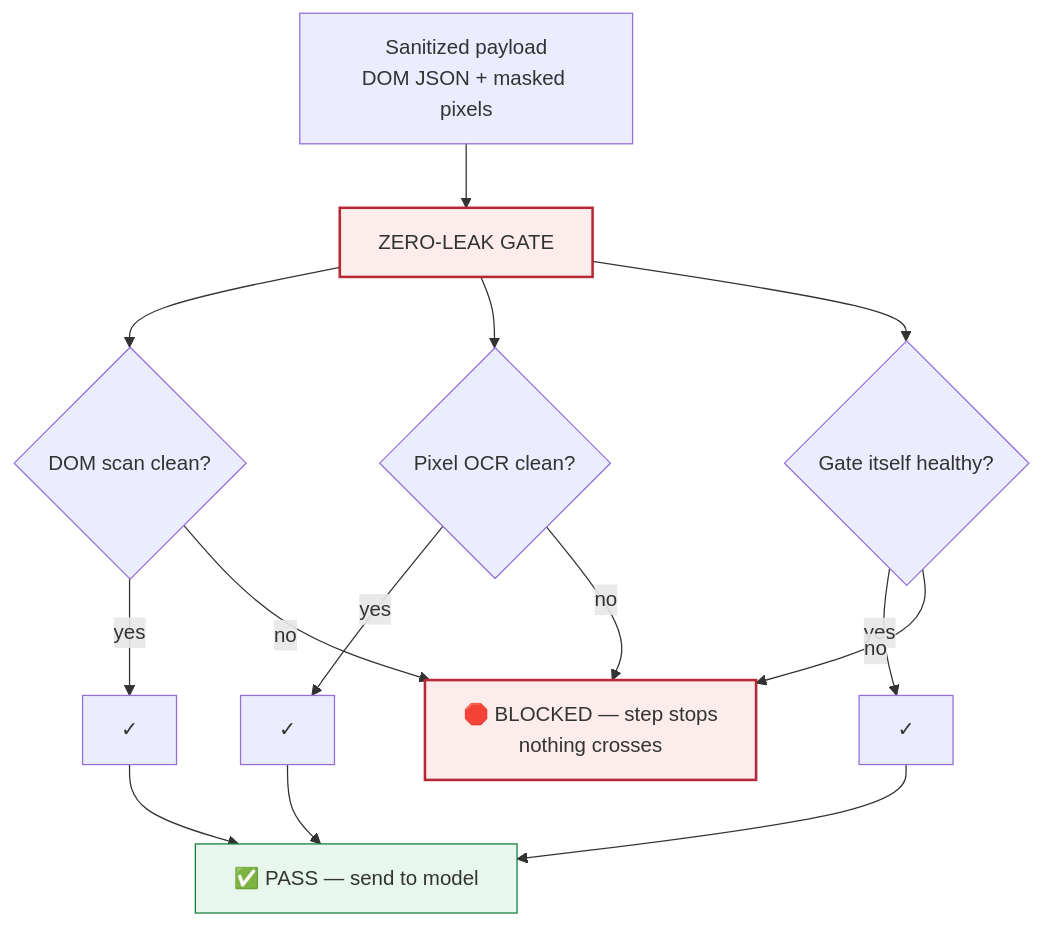
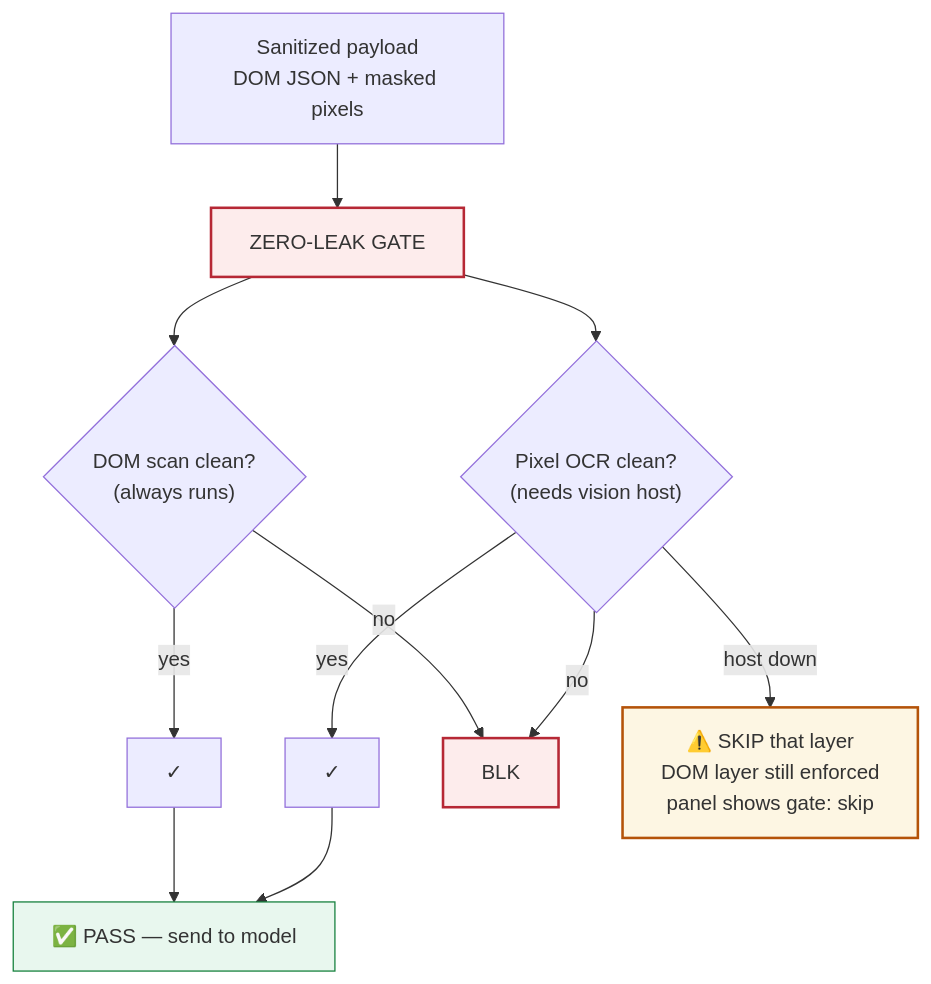
One commit to The-Infernix/PRIVYSE changed the fifth of 8 diagrams in README.md. Above: the diagram before and after it, drawn with Mermaid. The commit also changed other lines of this file and 8 other files, not shown here.

````diff
--- a/README.md
+++ b/README.md
@@ -210,17 +220,16 @@
 ```mermaid
 flowchart TD
     S["Sanitized payload<br/>DOM JSON + masked pixels"] --> G["ZERO-LEAK GATE"]
-    G --> D1{"DOM scan clean?"}
-    G --> D2{"Pixel OCR clean?"}
-    G --> D3{"Gate itself healthy?"}
-    D1 -- "yes" --> J1["✓"]
-    D2 -- "yes" --> J2["✓"]
-    D3 -- "yes" --> J3["✓"]
-    J1 & J2 & J3 --> PASS["✅ PASS — send to model"]
-    D1 -- "no" --> BLK
-    D2 -- "no" --> BLK
-    D3 -- "no" --> BLK["🛑 BLOCKED — step stops<br/>nothing crosses"]
+    G --> C1{"DOM scan clean?<br/>(always runs)"}
+    G --> C2{"Pixel OCR clean?<br/>(needs vision host)"}
+    C1 -- "yes" --> J1["✓"]
+    C2 -- "yes" --> J2["✓"]
+    J1 & J2 --> PASS["✅ PASS — send to model"]
+    C1 -- "no" --> BLK
+    C2 -- "no" --> BLK
+    C2 -- "host down" --> SKIP["⚠️ SKIP that layer<br/>DOM layer still enforced<br/>panel shows gate: skip"]
     style G fill:#fdecec,stroke:#b62835,stroke-width:2px
     style PASS fill:#e8f7ee,stroke:#15803d
     style BLK fill:#fdecec,stroke:#b62835,stroke-width:2px
+    style SKIP fill:#fdf6e3,stroke:#b45309,stroke-width:2px
 ```
````
